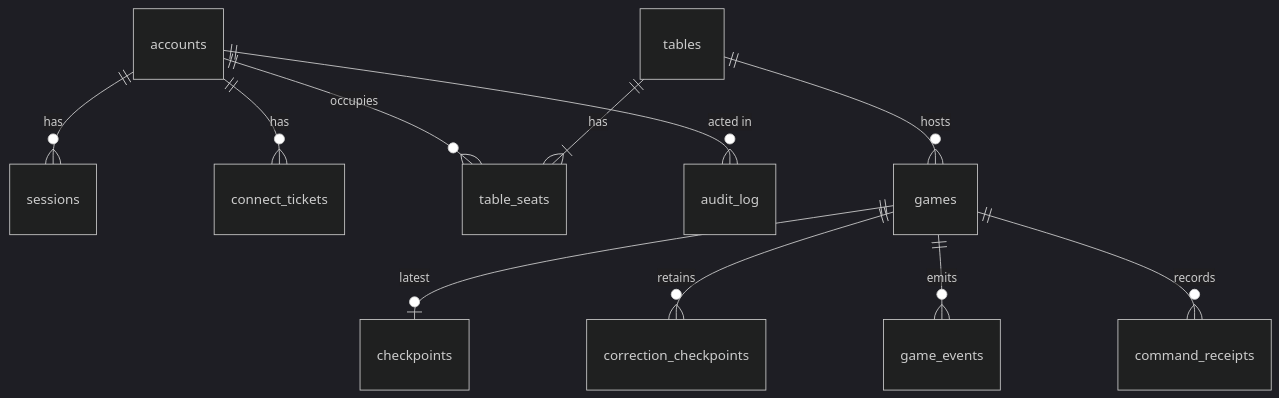
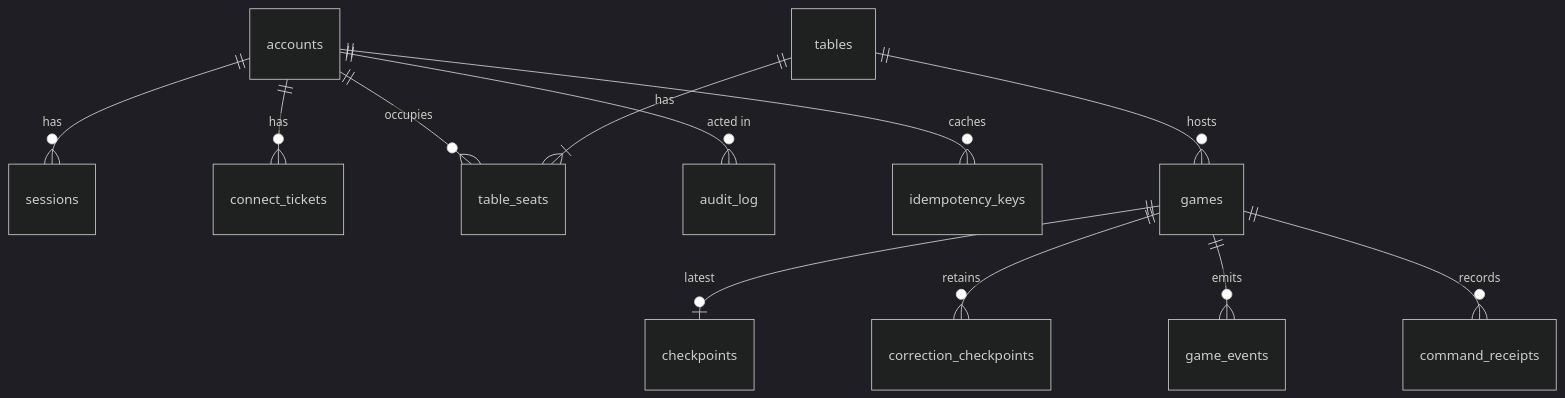
Before and after one commit to ksaday/Mahjong-Dealer: the diagram in docs/17_Database_Design.md, drawn with Mermaid (dark theme). The commit also changed other lines of this file and 15 other files, not shown here.

````diff
--- a/docs/17_Database_Design.md
+++ b/docs/17_Database_Design.md
@@ -56,13 +56,14 @@
 ```mermaid
 erDiagram
     accounts ||--o{ sessions : has
     accounts ||--o{ connect_tickets : has
     accounts ||--o{ table_seats : occupies
     accounts ||--o{ audit_log : "acted in"
+    accounts ||--o{ idempotency_keys : caches
     tables ||--|{ table_seats : has
     tables ||--o{ games : hosts
     games ||--o| checkpoints : "latest"
     games ||--o{ correction_checkpoints : retains
     games ||--o{ game_events : emits
     games ||--o{ command_receipts : records
 ```
````
